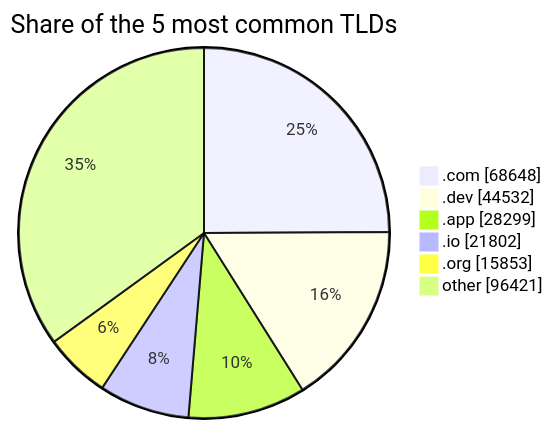
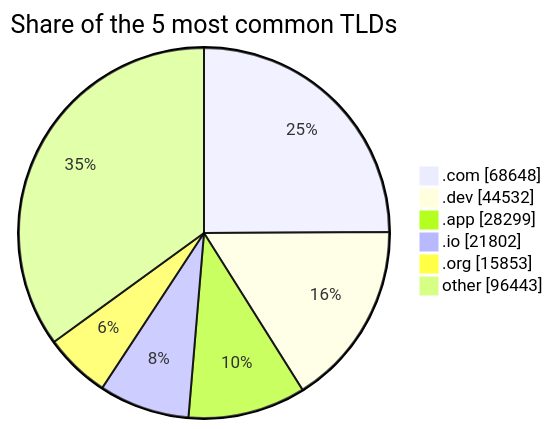
The third of 3 diagrams in README.md (DNSBunker/CTI), drawn with Mermaid before and after one commit. The commit also changed other lines of this file and 3 other files, not shown here.

````diff
--- a/README.md
+++ b/README.md
@@ -81,9 +81,9 @@
 ```mermaid
 pie showData title Share of the 5 most common TLDs
     ".com" : 68648
     ".dev" : 44532
     ".app" : 28299
     ".io" : 21802
     ".org" : 15853
-    "other" : 96421
+    "other" : 96443
 ```
````
